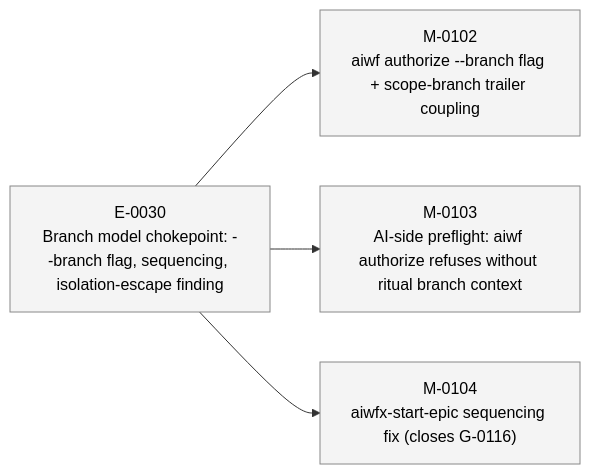
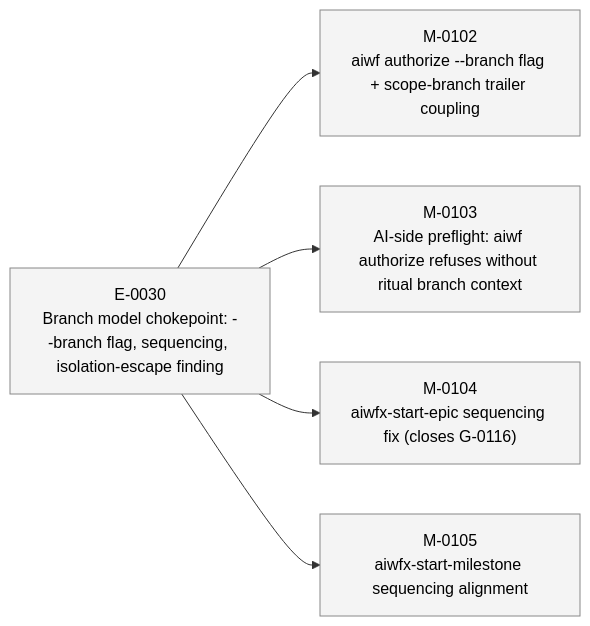
Before and after one commit to 23min/aiwf: the fourth of 4 diagrams in STATUS.md, drawn with Mermaid. The commit also changed other lines of this file and 1 other file, not shown here.

First line of the commit message:
aiwf add milestone M-0105 "aiwfx-start-milestone sequencing alignment"

````diff
--- a/STATUS.md
+++ b/STATUS.md
@@ -96,16 +97,18 @@
 ```mermaid
 flowchart LR
   E_0030["E-0030<br/>Branch model chokepoint: --branch flag, sequencing, isolation-escape finding"]:::epic_proposed
   M_0102["M-0102<br/>aiwf authorize --branch flag + scope-branch trailer coupling"]:::ms_draft
   E_0030 --> M_0102
   M_0103["M-0103<br/>AI-side preflight: aiwf authorize refuses without ritual branch context"]:::ms_draft
   E_0030 --> M_0103
   M_0104["M-0104<br/>aiwfx-start-epic sequencing fix (closes G-0116)"]:::ms_draft
   E_0030 --> M_0104
+  M_0105["M-0105<br/>aiwfx-start-milestone sequencing alignment"]:::ms_draft
+  E_0030 --> M_0105
   classDef epic_active fill:#d6eaff,stroke:#1a73e8,color:#000
   classDef epic_proposed fill:#f4f4f4,stroke:#888,color:#000
   classDef ms_done fill:#d8f5d8,stroke:#2a8a2a,color:#000
   classDef ms_in_progress fill:#fff3c4,stroke:#caa400,color:#000
   classDef ms_draft fill:#f4f4f4,stroke:#888,color:#000
   classDef ms_cancelled fill:#fbeaea,stroke:#c33,color:#000
 ```
````
